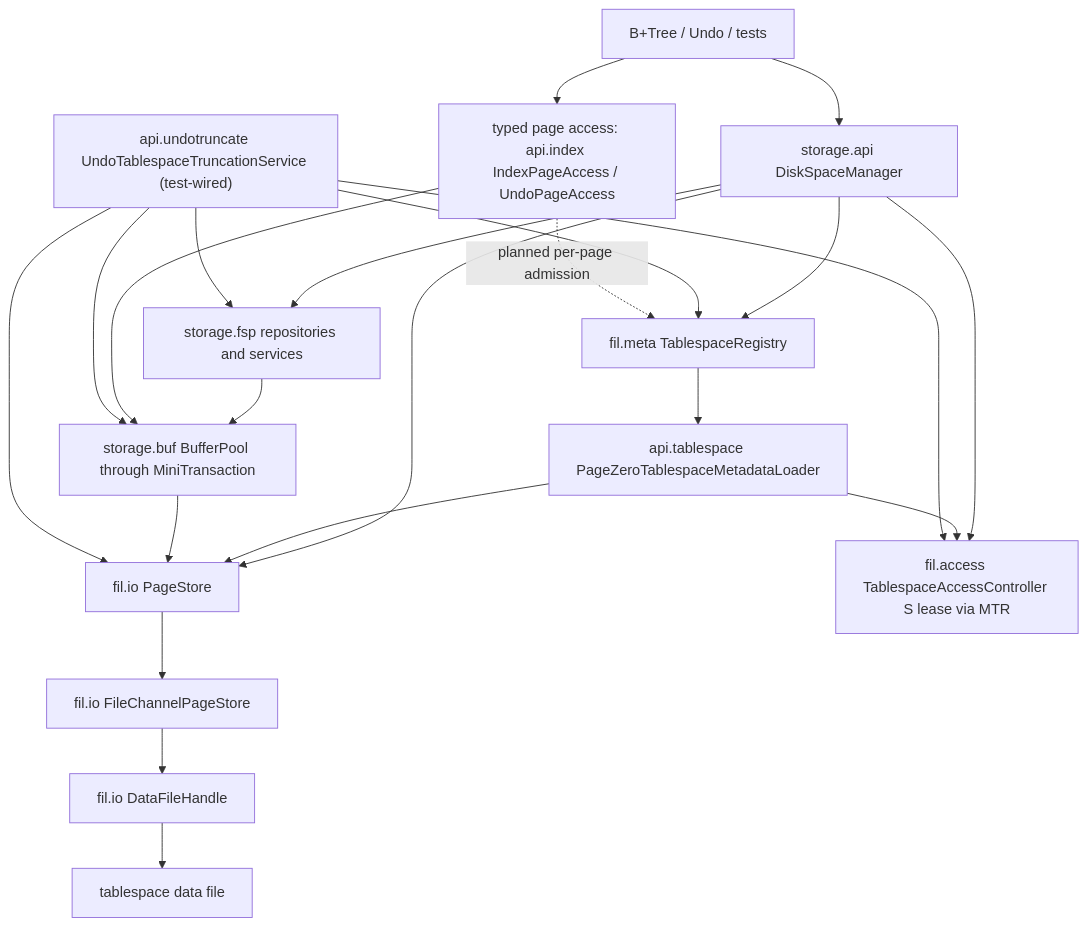
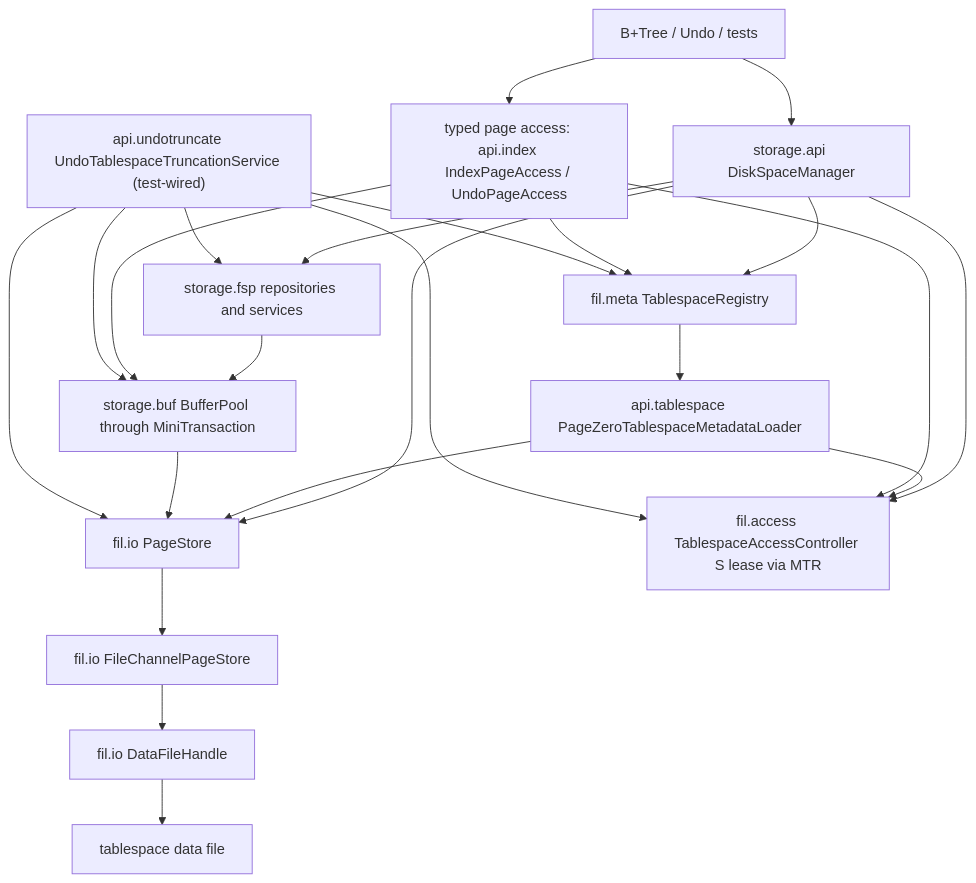
The first of 9 diagrams in docs/design/current-implementation-map.md (mywnlb/dbtest), drawn with Mermaid before and after one commit. The commit also changed other lines of this file and 16 other files, not shown here.

````diff
--- a/docs/design/current-implementation-map.md
+++ b/docs/design/current-implementation-map.md
@@ -17,27 +17,28 @@
 ```mermaid
 flowchart TD
   Upper["B+Tree / Undo / tests"] --> DSM["storage.api DiskSpaceManager"]
   Upper --> PageAccess["typed page access: api.index IndexPageAccess / UndoPageAccess"]
 
   DSM --> FSP["storage.fsp repositories and services"]
   DSM --> Store["fil.io PageStore"]
   DSM --> Registry["fil.meta TablespaceRegistry"]
   DSM --> Access["fil.access TablespaceAccessController S lease via MTR"]
   Registry --> Loader["api.tablespace PageZeroTablespaceMetadataLoader"]
   Loader --> Access
   Loader --> Store
   FSP --> BP["storage.buf BufferPool through MiniTransaction"]
   PageAccess --> BP
+  PageAccess --> Access
+  PageAccess --> Registry
   BP --> Store
   Store --> ChannelStore["fil.io FileChannelPageStore"]
   ChannelStore --> Handle["fil.io DataFileHandle"]
   Handle --> DataFile["tablespace data file"]
 
   Truncate["api.undotruncate UndoTablespaceTruncationService (test-wired)"] --> Access
   Truncate --> Registry
   Truncate --> FSP
   Truncate --> BP
   Truncate --> Store
 
-  PageAccess -. "planned per-page admission" .-> Registry
 ```
````
